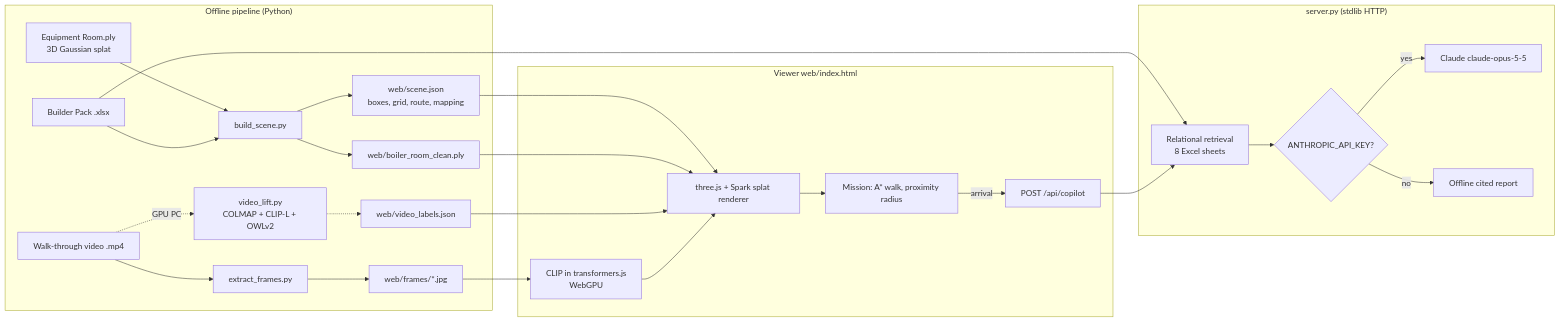
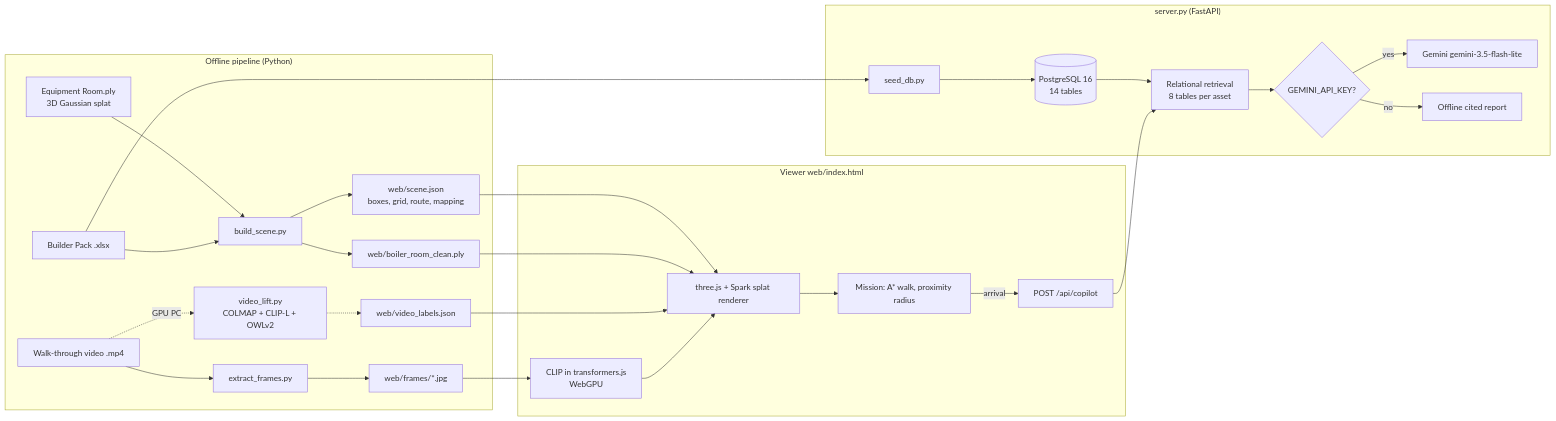
One commit to huziichuk/theMOLFARS changed the diagram in docs/HOW_IT_WORKS.md. Above: the diagram before and after it, drawn with Mermaid. The commit also changed other lines of this file and 3 other files, not shown here.

First line of the commit message:
Docs: describe the FastAPI + PostgreSQL backend and Gemini copilot

````diff
--- a/docs/HOW_IT_WORKS.md
+++ b/docs/HOW_IT_WORKS.md
@@ -5,27 +5,28 @@
 ```mermaid
 flowchart LR
   subgraph Offline["Offline pipeline (Python)"]
     PLY[Equipment Room.ply<br/>3D Gaussian splat] --> BS[build_scene.py]
     XLSX[Builder Pack .xlsx] --> BS
     BS --> SJ[web/scene.json<br/>boxes, grid, route, mapping]
     BS --> CP[web/boiler_room_clean.ply]
     MP4[Walk-through video .mp4] --> EF[extract_frames.py] --> FR[web/frames/*.jpg]
     MP4 -. GPU PC .-> VL[video_lift.py<br/>COLMAP + CLIP-L + OWLv2] -.-> VJ[web/video_labels.json]
   end
-  subgraph Server["server.py (stdlib HTTP)"]
-    XLSX --> RAG[Relational retrieval<br/>8 Excel sheets]
-    RAG --> LLM{ANTHROPIC_API_KEY?}
-    LLM -- yes --> CL[Claude claude-opus-5-5]
+  subgraph Server["server.py (FastAPI)"]
+    XLSX --> SEED[seed_db.py] --> PG[(PostgreSQL 16<br/>14 tables)]
+    PG --> RAG[Relational retrieval<br/>8 tables per asset]
+    RAG --> LLM{GEMINI_API_KEY?}
+    LLM -- yes --> CL[Gemini gemini-3.5-flash-lite]
     LLM -- no --> OFF[Offline cited report]
   end
   subgraph Browser["Viewer web/index.html"]
     SJ --> V[three.js + Spark splat renderer]
     CP --> V
     FR --> VIS[CLIP in transformers.js<br/>WebGPU]
     VJ --> V
     V --> MIS[Mission: A* walk, proximity radius]
     MIS -- arrival --> API[POST /api/copilot]
     VIS --> V
   end
   API --> RAG
 ```
````
